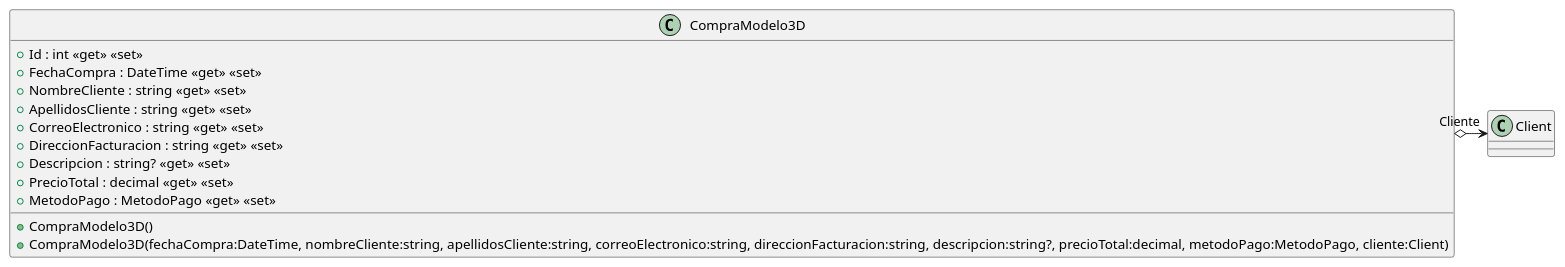
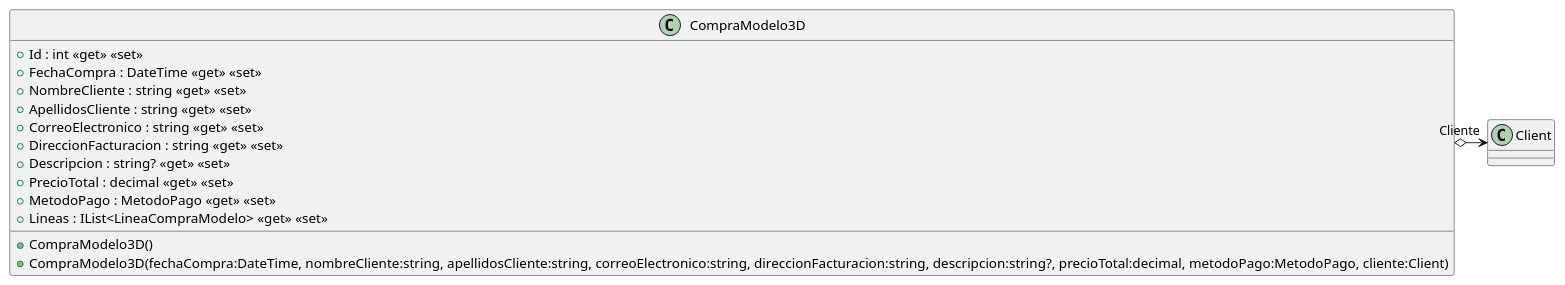
The diagram in src/AppForSEII.API/ClassDiagram/ComprarModelos/CompraModelo3D.puml (ISII2627BacinesFC/ISII2627BacinesFC), drawn with PlantUML before and after one commit. The commit also changed 6 other files, not shown here.

Commit message:
Crear clase LineaCompraModelo con sus relaciones con CompraModelo3D y Modelo3D

```diff
--- a/src/AppForSEII.API/ClassDiagram/ComprarModelos/CompraModelo3D.puml
+++ b/src/AppForSEII.API/ClassDiagram/ComprarModelos/CompraModelo3D.puml
@@ -1,16 +1,17 @@
 @startuml
 class CompraModelo3D {
     + CompraModelo3D()
     + CompraModelo3D(fechaCompra:DateTime, nombreCliente:string, apellidosCliente:string, correoElectronico:string, direccionFacturacion:string, descripcion:string?, precioTotal:decimal, metodoPago:MetodoPago, cliente:Client)
     + Id : int <<get>> <<set>>
     + FechaCompra : DateTime <<get>> <<set>>
     + NombreCliente : string <<get>> <<set>>
     + ApellidosCliente : string <<get>> <<set>>
     + CorreoElectronico : string <<get>> <<set>>
     + DireccionFacturacion : string <<get>> <<set>>
     + Descripcion : string? <<get>> <<set>>
     + PrecioTotal : decimal <<get>> <<set>>
     + MetodoPago : MetodoPago <<get>> <<set>>
+    + Lineas : IList<LineaCompraModelo> <<get>> <<set>>
 }
 CompraModelo3D o-> "Cliente" Client
 @enduml
```
